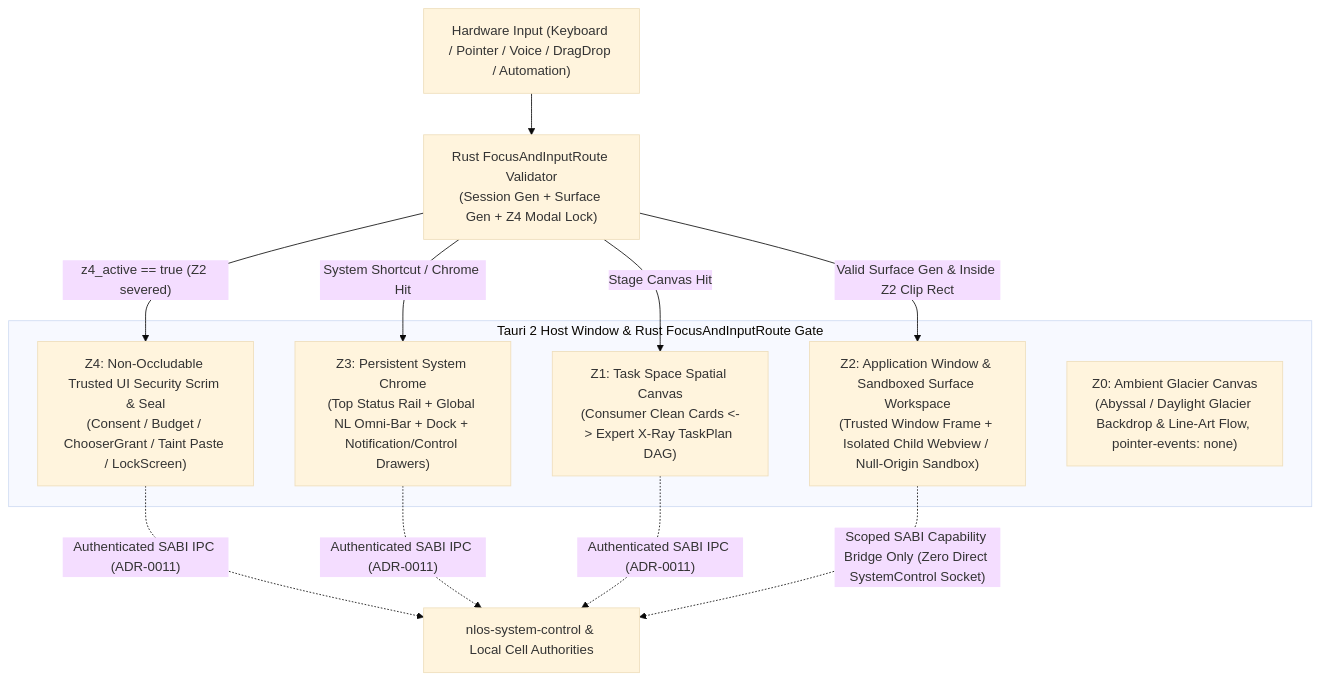
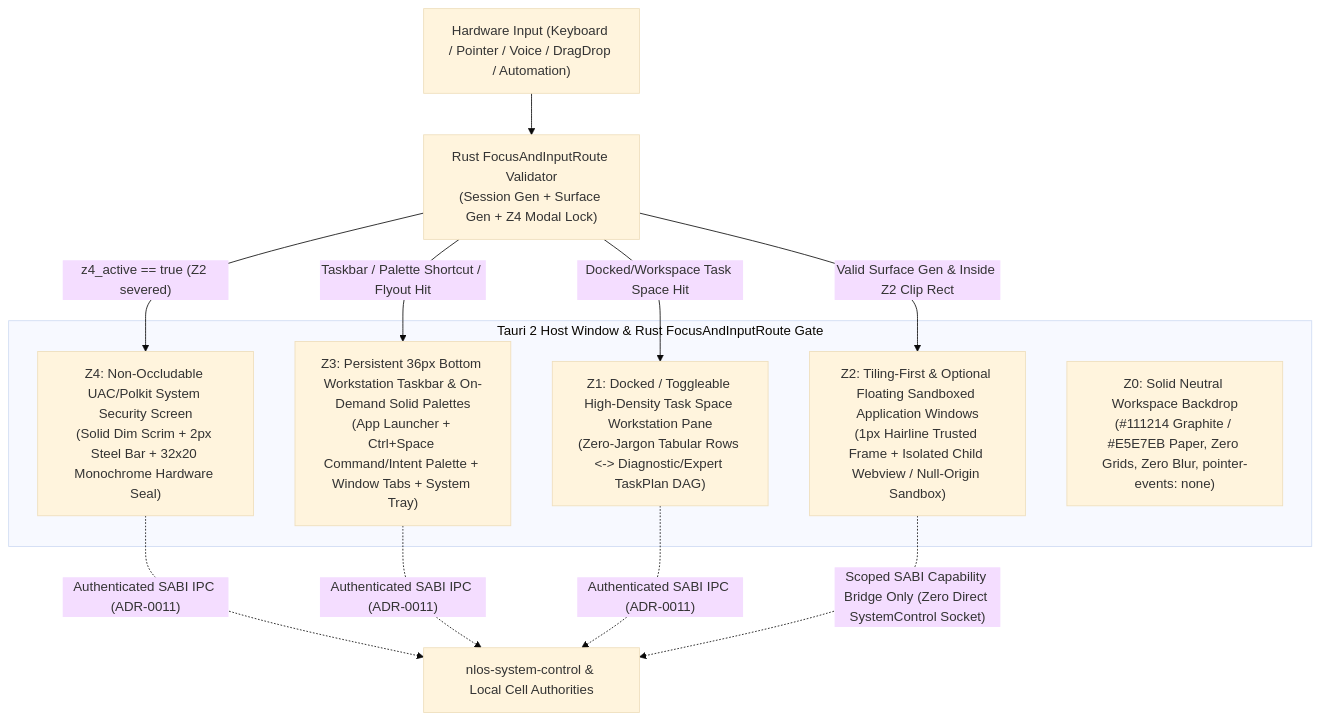
Before and after one commit to cty12356541/llmos: the diagram in docs/management/adrs/0025-stage-d-hybrid-desktop-compositor-and-trusted-ui-layering.md, drawn with Mermaid (base theme). The commit also changed other lines of this file and 4 other files, not shown here.

First line of the commit message:
阶段D（W68-R1）：去 AI 模板味修订，确立 Graphite/Paper 硬朗工业工作站视觉与平铺优先架构

````diff
--- a/docs/management/adrs/0025-stage-d-hybrid-desktop-compositor-and-trusted-ui-layering.md
+++ b/docs/management/adrs/0025-stage-d-hybrid-desktop-compositor-and-trusted-ui-layering.md
@@ -87,20 +107,20 @@
 ```mermaid
 flowchart TB
   subgraph Host["Tauri 2 Host Window & Rust FocusAndInputRoute Gate"]
-    Z4["Z4: Non-Occludable Trusted UI Security Scrim & Seal<br/>(Consent / Budget / ChooserGrant / Taint Paste / LockScreen)"]
-    Z3["Z3: Persistent System Chrome<br/>(Top Status Rail + Global NL Omni-Bar + Dock + Notification/Control Drawers)"]
-    Z2["Z2: Application Window & Sandboxed Surface Workspace<br/>(Trusted Window Frame + Isolated Child Webview / Null-Origin Sandbox)"]
-    Z1["Z1: Task Space Spatial Canvas<br/>(Consumer Clean Cards <-> Expert X-Ray TaskPlan DAG)"]
-    Z0["Z0: Ambient Glacier Canvas<br/>(Abyssal / Daylight Glacier Backdrop & Line-Art Flow, pointer-events: none)"]
+    Z4["Z4: Non-Occludable UAC/Polkit System Security Screen<br/>(Solid Dim Scrim + 2px Steel Bar + 32x20 Monochrome Hardware Seal)"]
+    Z3["Z3: Persistent 36px Bottom Workstation Taskbar & On-Demand Solid Palettes<br/>(App Launcher + Ctrl+Space Command/Intent Palette + Window Tabs + System Tray)"]
+    Z2["Z2: Tiling-First & Optional Floating Sandboxed Application Windows<br/>(1px Hairline Trusted Frame + Isolated Child Webview / Null-Origin Sandbox)"]
+    Z1["Z1: Docked / Toggleable High-Density Task Space Workstation Pane<br/>(Zero-Jargon Tabular Rows <-> Diagnostic/Expert TaskPlan DAG)"]
+    Z0["Z0: Solid Neutral Workspace Backdrop<br/>(#111214 Graphite / #E5E7EB Paper, Zero Grids, Zero Blur, pointer-events: none)"]
   end
 
   Input["Hardware Input (Keyboard / Pointer / Voice / DragDrop / Automation)"] --> Router["Rust FocusAndInputRoute Validator<br/>(Session Gen + Surface Gen + Z4 Modal Lock)"]
   Router -->|"z4_active == true (Z2 severed)"| Z4
-  Router -->|"System Shortcut / Chrome Hit"| Z3
+  Router -->|"Taskbar / Palette Shortcut / Flyout Hit"| Z3
   Router -->|"Valid Surface Gen & Inside Z2 Clip Rect"| Z2
-  Router -->|"Stage Canvas Hit"| Z1
+  Router -->|"Docked/Workspace Task Space Hit"| Z1
   Z4 -.->|"Authenticated SABI IPC (ADR-0011)"| Daemon["nlos-system-control & Local Cell Authorities"]
   Z3 -.->|"Authenticated SABI IPC (ADR-0011)"| Daemon
   Z1 -.->|"Authenticated SABI IPC (ADR-0011)"| Daemon
   Z2 -.->|"Scoped SABI Capability Bridge Only (Zero Direct SystemControl Socket)"| Daemon
 ```
````
